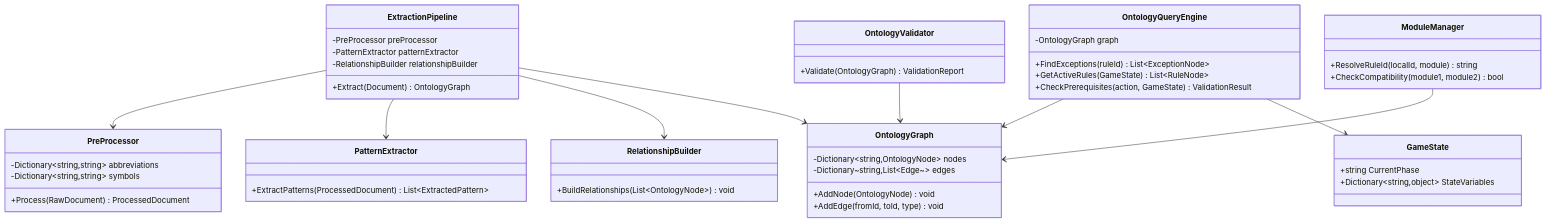
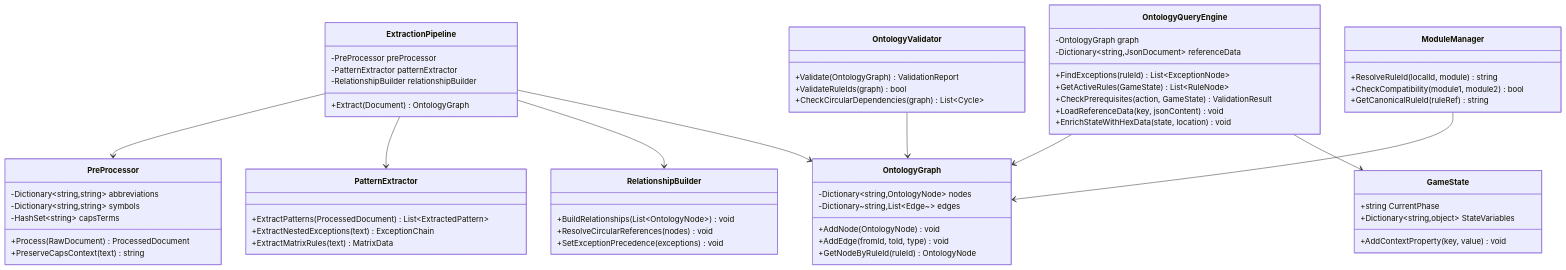
The fifth of 5 diagrams in src/docs/Implementation/Phase 3/Phase 3- Ontology Extraction Engine Design Plan.md (LimboDancer-Canary/LimboDancer.MCP), drawn with Mermaid before and after one commit. The commit also changed other lines of this file and 1 other file, not shown here.

````diff
--- a/src/docs/Implementation/Phase 3/Phase 3- Ontology Extraction Engine Design Plan.md
+++ b/src/docs/Implementation/Phase 3/Phase 3- Ontology Extraction Engine Design Plan.md
@@ -177,60 +222,74 @@
 ```mermaid
 classDiagram
     class ExtractionPipeline {
         -PreProcessor preProcessor
         -PatternExtractor patternExtractor
         -RelationshipBuilder relationshipBuilder
         +Extract(Document) OntologyGraph
     }
     
     class PreProcessor {
         -Dictionary~string,string~ abbreviations
         -Dictionary~string,string~ symbols
+        -HashSet~string~ capsTerms
         +Process(RawDocument) ProcessedDocument
+        +PreserveCapsContext(text) string
     }
     
     class PatternExtractor {
         +ExtractPatterns(ProcessedDocument) List~ExtractedPattern~
+        +ExtractNestedExceptions(text) ExceptionChain
+        +ExtractMatrixRules(text) MatrixData
     }
     
     class RelationshipBuilder {
         +BuildRelationships(List~OntologyNode~) void
+        +ResolveCircularReferences(nodes) void
+        +SetExceptionPrecedence(exceptions) void
     }
     
     class OntologyGraph {
         -Dictionary~string,OntologyNode~ nodes
         -Dictionary~string,List~Edge~~ edges
         +AddNode(OntologyNode) void
         +AddEdge(fromId, toId, type) void
+        +GetNodeByRuleId(ruleId) OntologyNode
     }
     
     class OntologyQueryEngine {
         -OntologyGraph graph
+        -Dictionary~string,JsonDocument~ referenceData
         +FindExceptions(ruleId) List~ExceptionNode~
         +GetActiveRules(GameState) List~RuleNode~
         +CheckPrerequisites(action, GameState) ValidationResult
+        +LoadReferenceData(key, jsonContent) void
+        +EnrichStateWithHexData(state, location) void
     }
     
     class ModuleManager {
         +ResolveRuleId(localId, module) string
         +CheckCompatibility(module1, module2) bool
+        +GetCanonicalRuleId(ruleRef) string
     }
     
     class OntologyValidator {
         +Validate(OntologyGraph) ValidationReport
+        +ValidateRuleIds(graph) bool
+        +CheckCircularDependencies(graph) List~Cycle~
     }
     
     class GameState {
         +string CurrentPhase
         +Dictionary~string,object~ StateVariables
+        +AddContextProperty(key, value) void
     }
     
     ExtractionPipeline --> PreProcessor
     ExtractionPipeline --> PatternExtractor
     ExtractionPipeline --> RelationshipBuilder
     ExtractionPipeline --> OntologyGraph
     OntologyQueryEngine --> OntologyGraph
     OntologyQueryEngine --> GameState
     OntologyValidator --> OntologyGraph
     ModuleManager --> OntologyGraph
 ```
````
